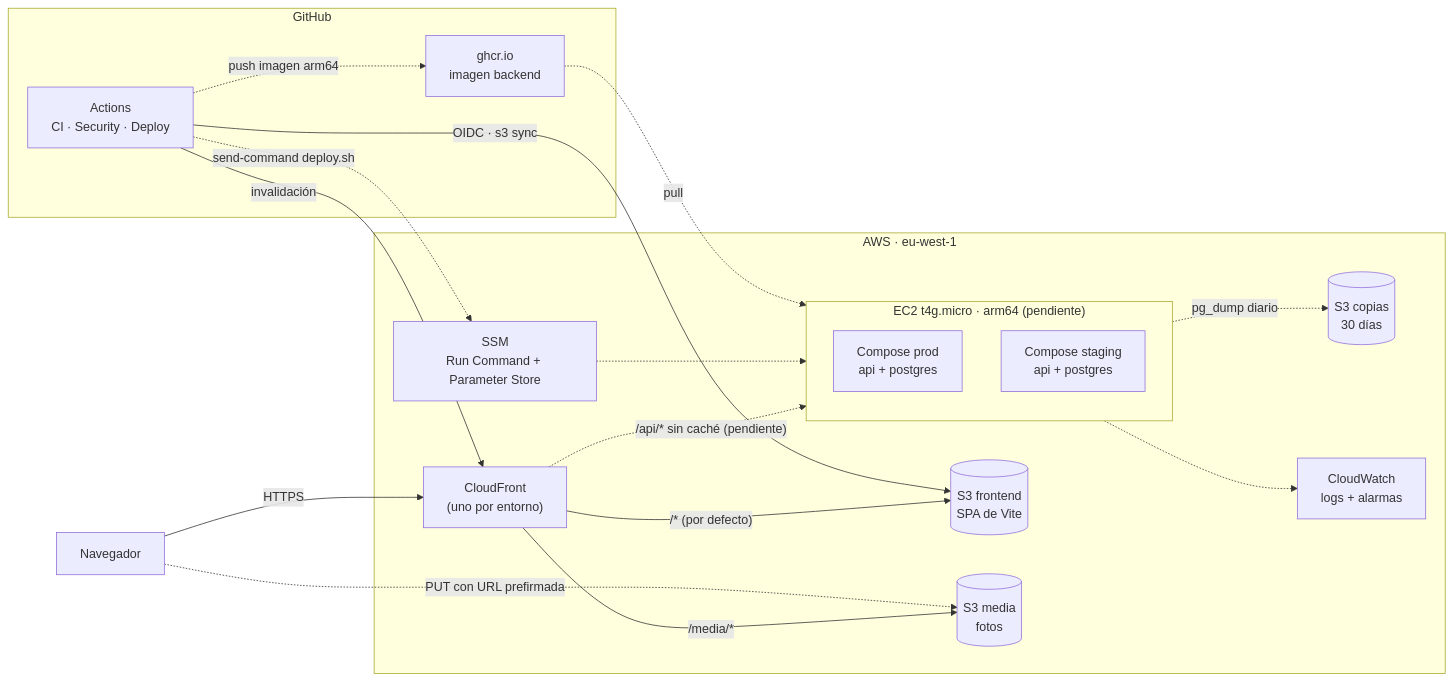
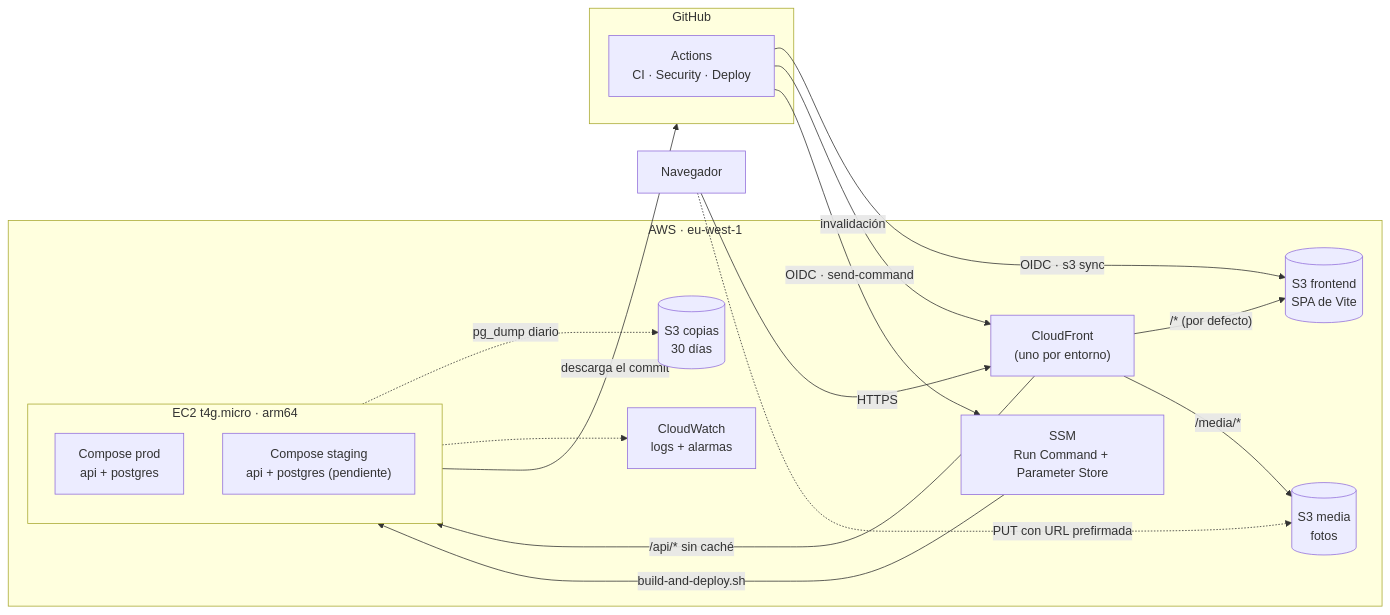
Before and after one commit to UB-ES-2026-B2/Project: the diagram in docs/arquitectura.md, drawn with Mermaid. The commit also changed other lines of this file and 1 other file, not shown here.

First line of the commit message:
docs(deploy): arquitectura del despliegue del backend y decisión D11

````diff
--- a/docs/arquitectura.md
+++ b/docs/arquitectura.md
@@ -7,36 +7,34 @@
 ```mermaid
 flowchart LR
     U[Navegador] -->|HTTPS| CF
 
     subgraph AWS["AWS · eu-west-1"]
         CF["CloudFront<br/>(uno por entorno)"]
         S3F[("S3 frontend<br/>SPA de Vite")]
         S3M[("S3 media<br/>fotos")]
         S3B[("S3 copias<br/>30 días")]
-        subgraph EC2["EC2 t4g.micro · arm64 (pendiente)"]
+        subgraph EC2["EC2 t4g.micro · arm64"]
             direction TB
             P["Compose prod<br/>api + postgres"]
-            S["Compose staging<br/>api + postgres"]
+            S["Compose staging<br/>api + postgres (pendiente)"]
         end
         SSM["SSM<br/>Run Command + Parameter Store"]
         CW["CloudWatch<br/>logs + alarmas"]
     end
 
     CF -->|"/* (por defecto)"| S3F
     CF -->|"/media/*"| S3M
-    CF -.->|"/api/* sin caché (pendiente)"| EC2
+    CF -->|"/api/* sin caché"| EC2
     U -.->|PUT con URL prefirmada| S3M
     EC2 -.->|pg_dump diario| S3B
     EC2 -.-> CW
 
     subgraph GH[GitHub]
         A["Actions<br/>CI · Security · Deploy"]
-        R["ghcr.io<br/>imagen backend"]
     end
     A -->|"OIDC · s3 sync"| S3F
     A -->|invalidación| CF
-    A -.->|push imagen arm64| R
-    A -.->|send-command deploy.sh| SSM
-    SSM -.-> EC2
-    R -.->|pull| EC2
+    A -->|"OIDC · send-command"| SSM
+    SSM -->|build-and-deploy.sh| EC2
+    EC2 -->|descarga el commit| GH
 ```
````
